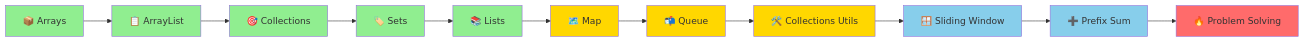
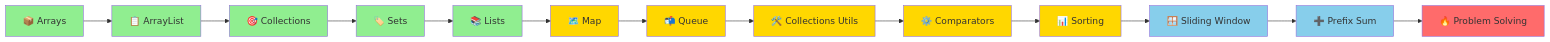
Before and after one commit to Shivambansal96/NMIMS-Java-DSA_CS-Batch: the diagram in Readme.md, drawn with Mermaid. The commit also changed other lines of this file, not shown here.

````diff
--- a/Readme.md
+++ b/Readme.md
@@ -86,25 +95,29 @@
 ```mermaid
 graph LR
     A[📦 Arrays] --> B[📋 ArrayList]
     B --> C[🎯 Collections]
     C --> D[🏷️ Sets]
     D --> E[📚 Lists]
     E --> F[🗺️ Map]
     F --> G[📬 Queue]
     G --> H[🛠️ Collections Utils]
-    H --> I[🪟 Sliding Window]
-    I --> J[➕ Prefix Sum]
-    J --> K[🔥 Problem Solving]
+    H --> I[⚙️ Comparators]
+    I --> J[📊 Sorting]
+    J --> K[🪟 Sliding Window]
+    K --> L[➕ Prefix Sum]
+    L --> M[🔥 Problem Solving]
     
     style A fill:#90EE90
     style B fill:#90EE90
     style C fill:#90EE90
     style D fill:#90EE90
     style E fill:#90EE90
     style F fill:#FFD700
     style G fill:#FFD700
     style H fill:#FFD700
-    style I fill:#87CEEB
-    style J fill:#87CEEB
-    style K fill:#FF6B6B
+    style I fill:#FFD700
+    style J fill:#FFD700
+    style K fill:#87CEEB
+    style L fill:#87CEEB
+    style M fill:#FF6B6B
 ```
````
